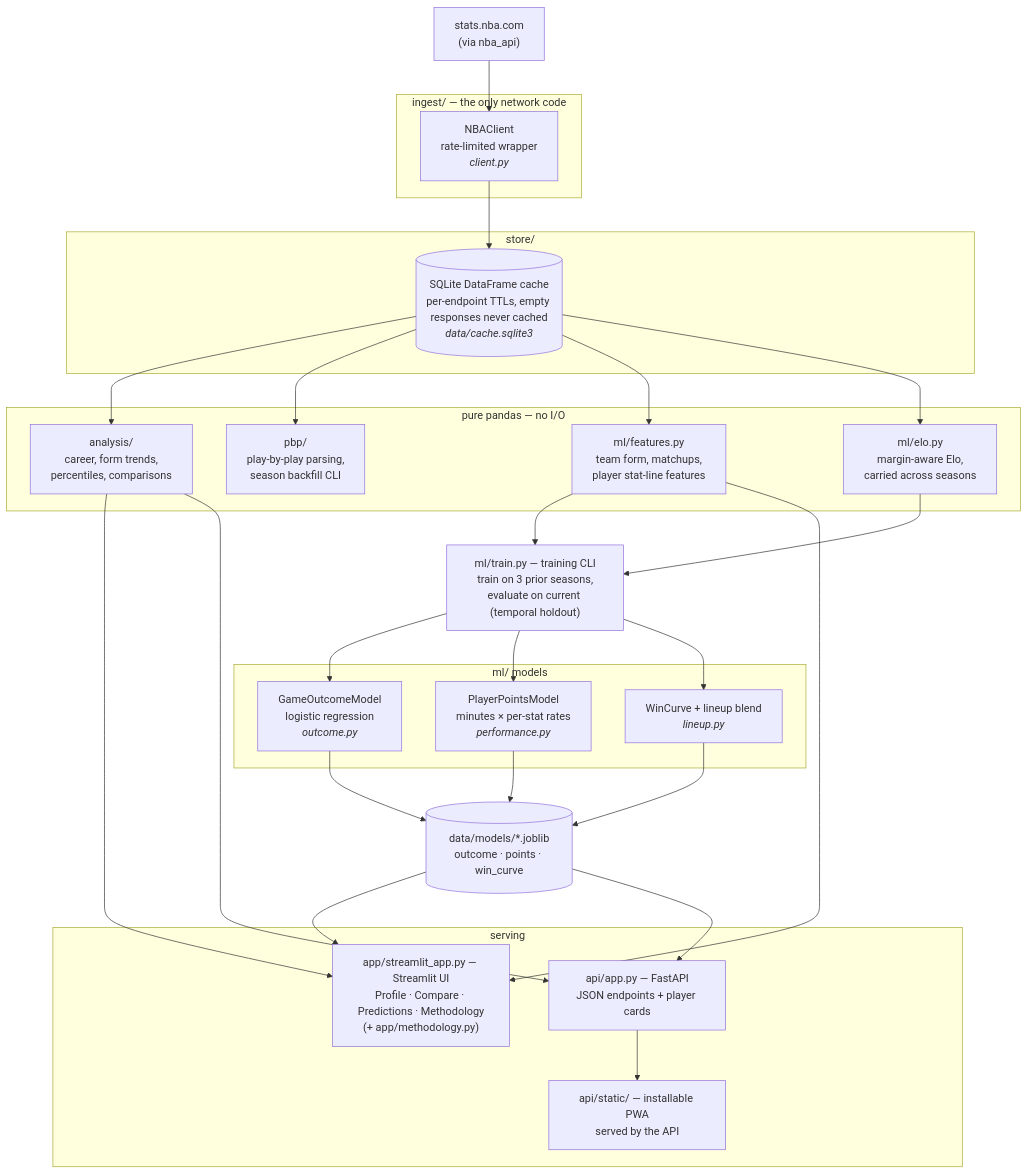
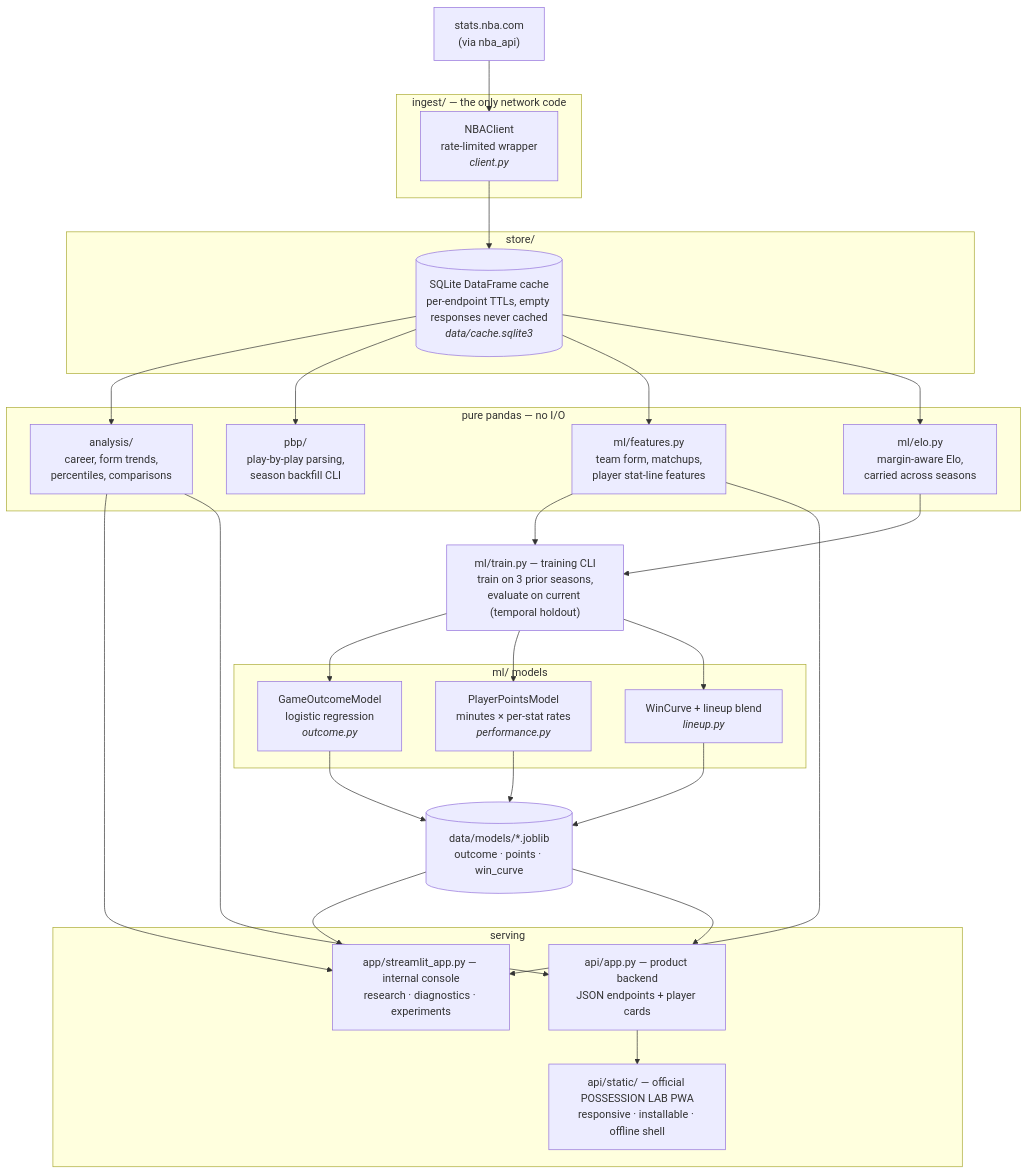
Before and after one commit to andrewyimingchen/Sports-Analytics: the diagram in docs/ARCHITECTURE.md, drawn with Mermaid. The commit also changed other lines of this file and 23 other files, not shown here.

First line of the commit message:
Harden POSSESSION LAB PWA for production (#33)

````diff
--- a/docs/ARCHITECTURE.md
+++ b/docs/ARCHITECTURE.md
@@ -8,50 +15,50 @@
 ```mermaid
 flowchart TB
     NBA["stats.nba.com<br/>(via nba_api)"]
 
     subgraph INGEST["ingest/ — the only network code"]
         CLIENT["NBAClient<br/>rate-limited wrapper<br/><i>client.py</i>"]
     end
 
     subgraph STORE["store/"]
         CACHE[("SQLite DataFrame cache<br/>per-endpoint TTLs, empty responses never cached<br/><i>data/cache.sqlite3</i>")]
     end
 
     subgraph PURE["pure pandas — no I/O"]
         ANALYSIS["analysis/<br/>career, form trends,<br/>percentiles, comparisons"]
         PBP["pbp/<br/>play-by-play parsing,<br/>season backfill CLI"]
         FEATURES["ml/features.py<br/>team form, matchups,<br/>player stat-line features"]
         ELO["ml/elo.py<br/>margin-aware Elo,<br/>carried across seasons"]
     end
 
     subgraph MODELS["ml/ models"]
         OUTCOME["GameOutcomeModel<br/>logistic regression<br/><i>outcome.py</i>"]
         POINTS["PlayerPointsModel<br/>minutes × per-stat rates<br/><i>performance.py</i>"]
         LINEUP["WinCurve + lineup blend<br/><i>lineup.py</i>"]
     end
 
     TRAIN["ml/train.py — training CLI<br/>train on 3 prior seasons,<br/>evaluate on current (temporal holdout)"]
     ARTIFACTS[("data/models/*.joblib<br/>outcome · points · win_curve")]
 
     subgraph SERVE["serving"]
-        STREAMLIT["app/streamlit_app.py — Streamlit UI<br/>Profile · Compare · Predictions · Methodology<br/>(+ app/methodology.py)"]
-        API["api/app.py — FastAPI<br/>JSON endpoints + player cards"]
-        PWA["api/static/ — installable PWA<br/>served by the API"]
+        STREAMLIT["app/streamlit_app.py — internal console<br/>research · diagnostics · experiments"]
+        API["api/app.py — product backend<br/>JSON endpoints + player cards"]
+        PWA["api/static/ — official POSSESSION LAB PWA<br/>responsive · installable · offline shell"]
     end
 
     NBA --> CLIENT --> CACHE
     CACHE --> ANALYSIS
     CACHE --> PBP
     CACHE --> FEATURES
     CACHE --> ELO
     FEATURES --> TRAIN
     ELO --> TRAIN
     TRAIN --> OUTCOME & POINTS & LINEUP
     OUTCOME & POINTS & LINEUP --> ARTIFACTS
     ARTIFACTS --> STREAMLIT
     ARTIFACTS --> API
     ANALYSIS --> STREAMLIT
     ANALYSIS --> API
     FEATURES --> STREAMLIT
     API --> PWA
 ```
````
